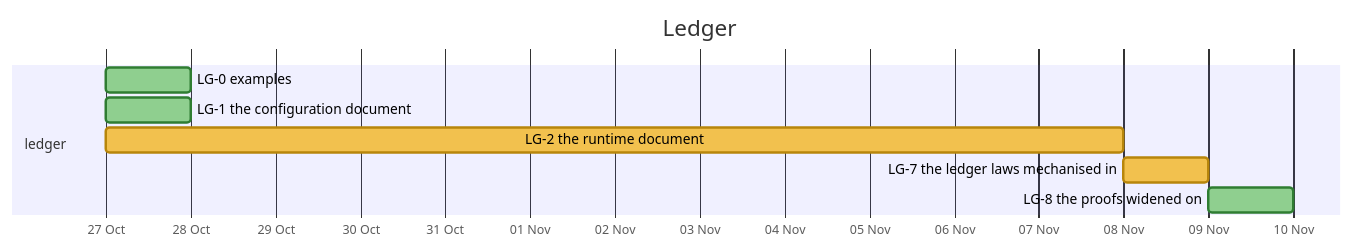
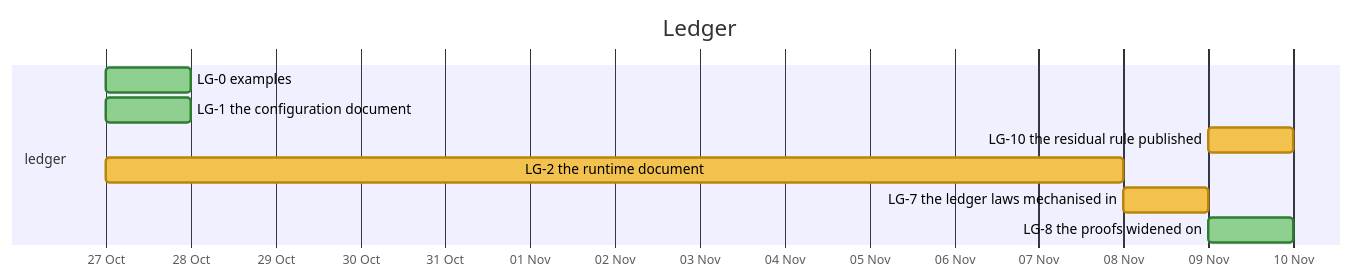
Before and after one commit to nebularis/lattice: the tenth of 31 diagrams in docs/developer/ROADMAP.md, drawn with Mermaid. The commit also changed other lines of this file and 10 other files, not shown here.

First line of the commit message:
[ledger] LG-10 built, the residual rule's definition corrected; LG-Q9 and PDD-19 decided; PRI-81

````diff
--- a/docs/developer/ROADMAP.md
+++ b/docs/developer/ROADMAP.md
@@ -334,13 +334,14 @@
 ```mermaid
 %%{init: {"themeVariables": {"taskBkgColor": "#f2c14e", "taskBorderColor": "#b8860b", "taskTextColor": "#000000", "activeTaskBkgColor": "#4e9af1", "activeTaskBorderColor": "#1f5fbf", "activeTaskBorderColor": "#1f5fbf", "doneTaskBkgColor": "#8fcf8f", "doneTaskBorderColor": "#2f7d32", "critBkgColor": "#f28b82", "critBorderColor": "#b23a30", "taskTextDarkColor": "#000000", "taskTextLightColor": "#000000"}}}%%
 gantt
     title Ledger
     dateFormat YYYY-MM-DD
     axisFormat %d %b
     section ledger
     LG-0 examples :done, lg0, 2026-10-27, 2026-10-28
     LG-1 the configuration document :done, lg1, 2026-10-27, 2026-10-28
+    LG-10 the residual rule published :lg10, 2026-11-09, 2026-11-10
     LG-2 the runtime document :lg2, 2026-10-27, 2026-11-08
     LG-7 the ledger laws mechanised in :lg7, 2026-11-08, 2026-11-09
     LG-8 the proofs widened on :done, lg8, 2026-11-09, 2026-11-10
 ```
````
